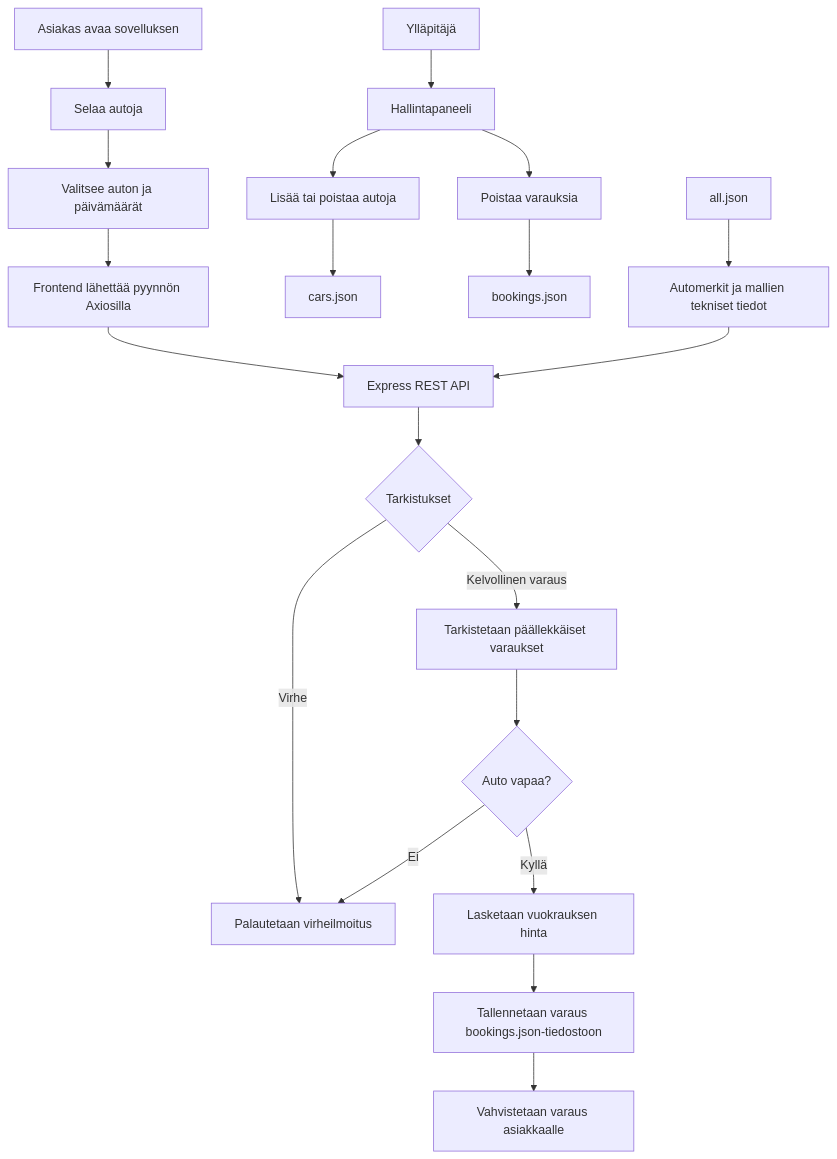
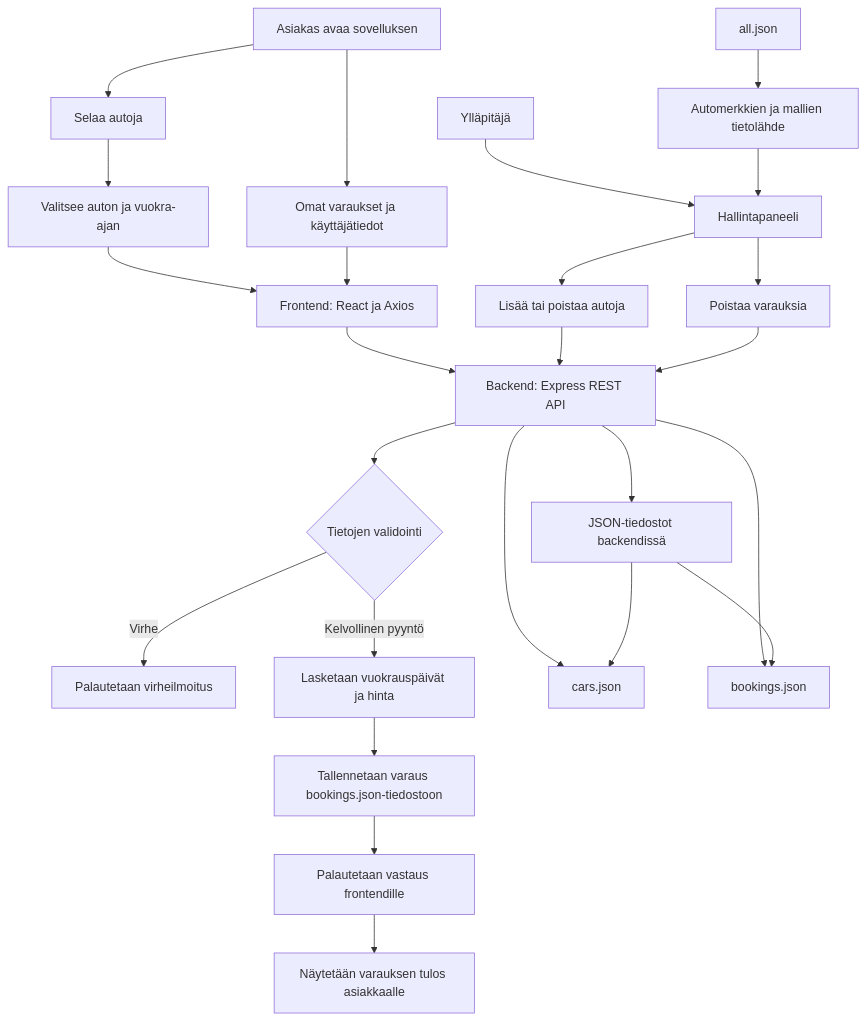
One commit to JKeskinen/aircrc changed the diagram in README.md. Above: the diagram before and after it, drawn with Mermaid.

Commit message:
Update flowchart in README.md for clarity

````diff
--- a/README.md
+++ b/README.md
@@ -33,24 +33,33 @@
 ```mermaid
+
 flowchart TD
     A[Asiakas avaa sovelluksen] --> B[Selaa autoja]
-    B --> C[Valitsee auton ja päivämäärät]
-    C --> D[Frontend lähettää pyynnön Axiosilla]
-    D --> E[Express REST API]
-    E --> F{Tarkistukset}
+    B --> C[Valitsee auton ja vuokra-ajan]
+    C --> D[Frontend: React ja Axios]
+    D --> E[Backend: Express REST API]
+    E --> F{Tietojen validointi}
     F -->|Virhe| G[Palautetaan virheilmoitus]
-    F -->|Kelvollinen varaus| H[Tarkistetaan päällekkäiset varaukset]
-    H --> I{Auto vapaa?}
-    I -->|Ei| G
-    I -->|Kyllä| J[Lasketaan vuokrauksen hinta]
-    J --> K[Tallennetaan varaus bookings.json-tiedostoon]
-    K --> L[Vahvistetaan varaus asiakkaalle]
+    F -->|Kelvollinen pyyntö| H[Lasketaan vuokrauspäivät ja hinta]
+    H --> I[Tallennetaan varaus bookings.json-tiedostoon]
+    I --> J[Palautetaan vastaus frontendille]
+    J --> K[Näytetään varauksen tulos asiakkaalle]
+
+    A --> L[Omat varaukset ja käyttäjätiedot]
+    L --> D
 
     M[Ylläpitäjä] --> N[Hallintapaneeli]
     N --> O[Lisää tai poistaa autoja]
     N --> P[Poistaa varauksia]
-    O --> Q[cars.json]
-    P --> R[bookings.json]
+    O --> E
+    P --> E
+    E --> Q[cars.json]
+    E --> R[bookings.json]
 
-    S[all.json] --> T[Automerkit ja mallien tekniset tiedot]
-    T --> E
+    S[all.json] --> T[Automerkkien ja mallien tietolähde]
+    T --> N
+
+    E --> U[JSON-tiedostot backendissä]
+    U --> Q
+    U --> R
+
 ```
````
